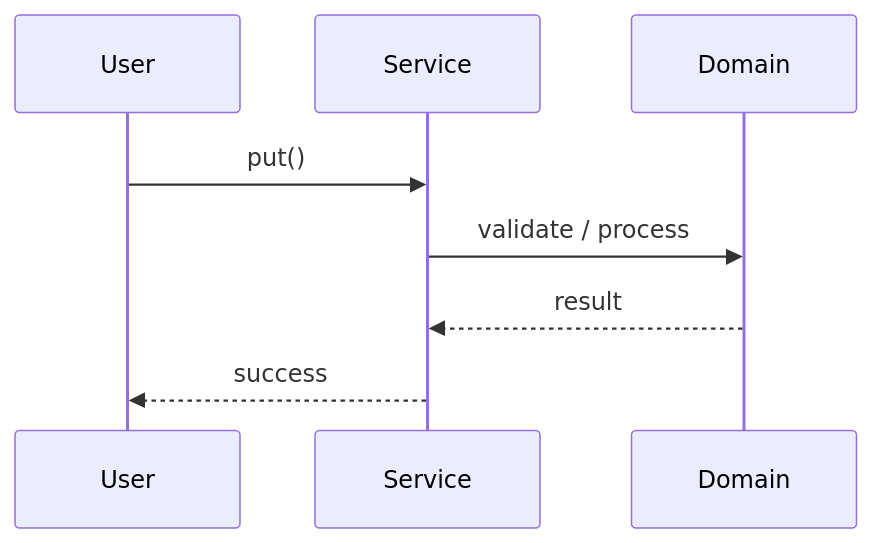
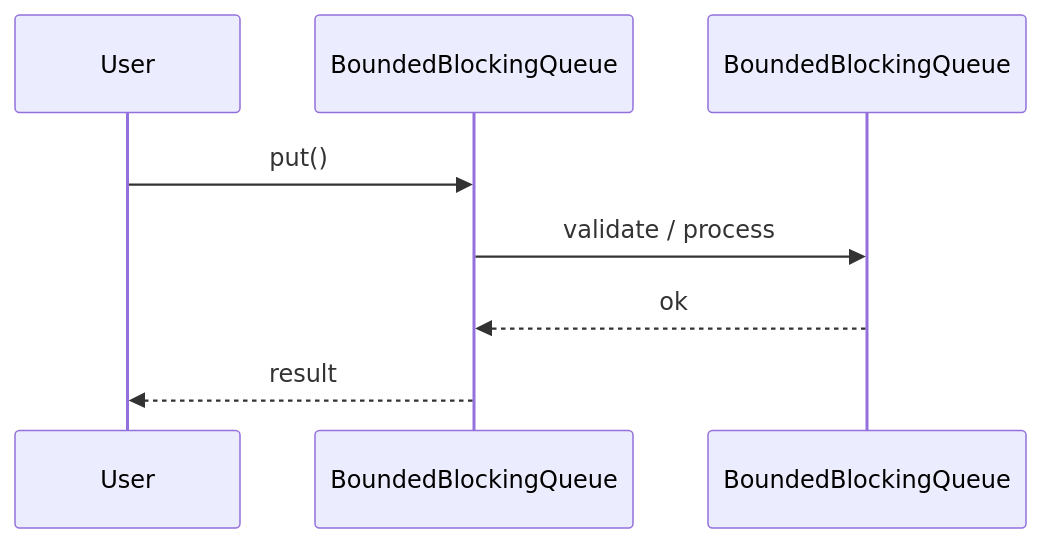
Before and after one commit to madhupaila/Interview-Prep-SSE: the second of 3 diagrams in Learn/System Design - Low Level Design/04-concurrency-lld/questions/Q02-bounded-blocking-queue.md, drawn with Mermaid. The commit also changed other lines of this file and 491 other files, not shown here.

````diff
--- a/Learn/System Design - Low Level Design/04-concurrency-lld/questions/Q02-bounded-blocking-queue.md
+++ b/Learn/System Design - Low Level Design/04-concurrency-lld/questions/Q02-bounded-blocking-queue.md
@@ -119,10 +140,10 @@
 ```mermaid
 sequenceDiagram
-    participant U as User
-    participant S as Service
-    participant D as Domain
-    U->>S: put()
-    S->>D: validate / process
-    D-->>S: result
-    S-->>U: success
+participant U as User
+participant S as BoundedBlockingQueue
+participant D as BoundedBlockingQueue
+U->>S: put()
+S->>D: validate / process
+D-->>S: ok
+S-->>U: result
 ```
````
